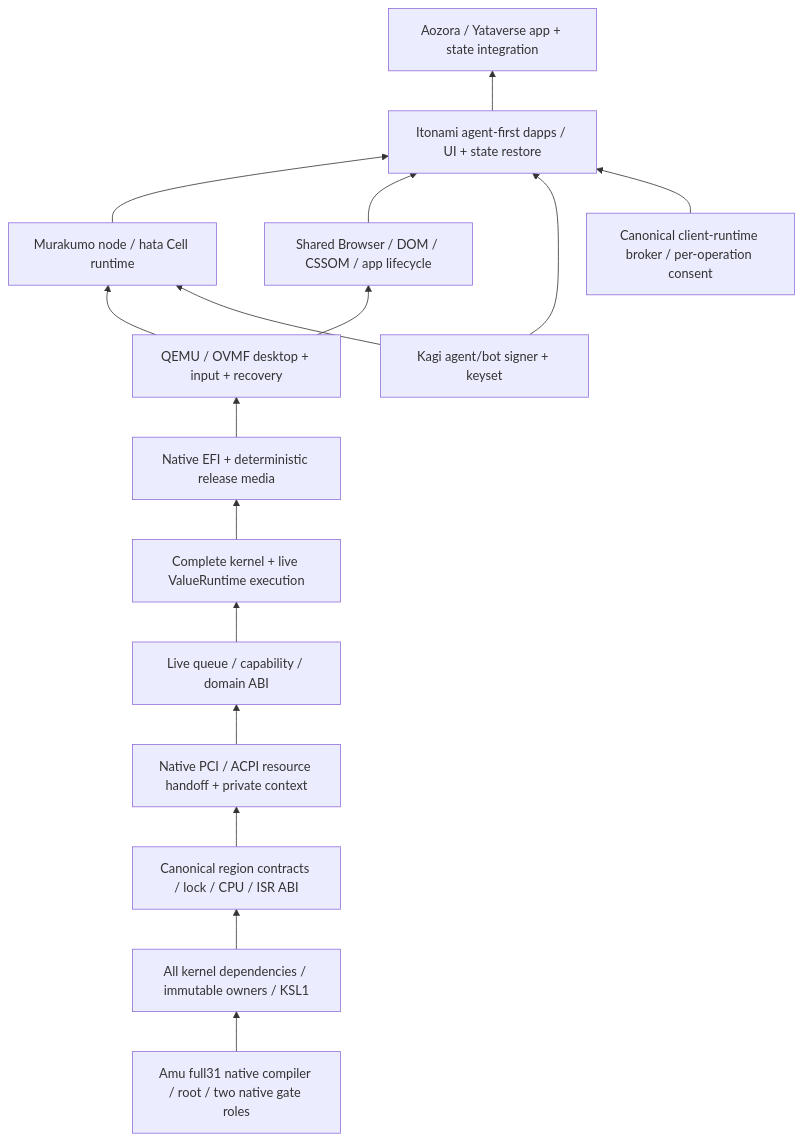
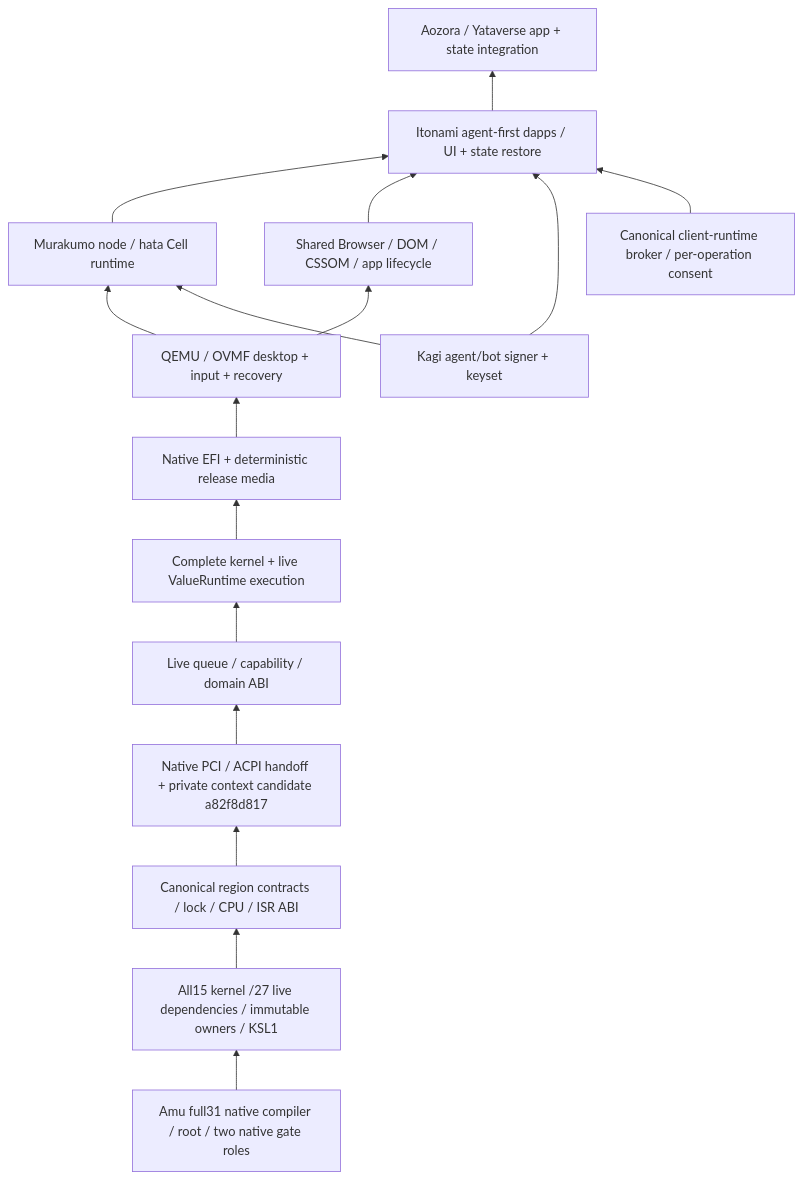
Before and after one commit to kotoba-lang/aiueos: the diagram in 90-docs/native-selfhost-integration.md, drawn with Mermaid. The commit also changed other lines of this file and 9 other files, not shown here.

Commit message:
Bind native PCI callers to device identity and record whole-graph gates

````diff
--- a/90-docs/native-selfhost-integration.md
+++ b/90-docs/native-selfhost-integration.md
@@ -8,18 +8,18 @@
 ```mermaid
 flowchart BT
-  A["Amu full31 native compiler / root / two native gate roles"] --> B["All kernel dependencies / immutable owners / KSL1"]
+  A["Amu full31 native compiler / root / two native gate roles"] --> B["All15 kernel /27 live dependencies / immutable owners / KSL1"]
   B --> C["Canonical region contracts / lock / CPU / ISR ABI"]
-  C --> P["Native PCI / ACPI resource handoff + private context"]
+  C --> P["Native PCI / ACPI handoff + private context candidate a82f8d817"]
   P --> V["Live queue / capability / domain ABI"]
   V --> D["Complete kernel + live ValueRuntime execution"]
   D --> E["Native EFI + deterministic release media"]
   E --> Q["QEMU / OVMF desktop + input + recovery"]
   Q --> N["Murakumo node / hata Cell runtime"]
   Q --> W["Shared Browser / DOM / CSSOM / app lifecycle"]
   N --> F["Itonami agent-first dapps / UI + state restore"]
   W --> F
   F --> G["Aozora / Yataverse app + state integration"]
   H["Kagi agent/bot signer + keyset"] --> N
   H --> F
   R["Canonical client-runtime broker / per-operation consent"] --> F
 ```
````
